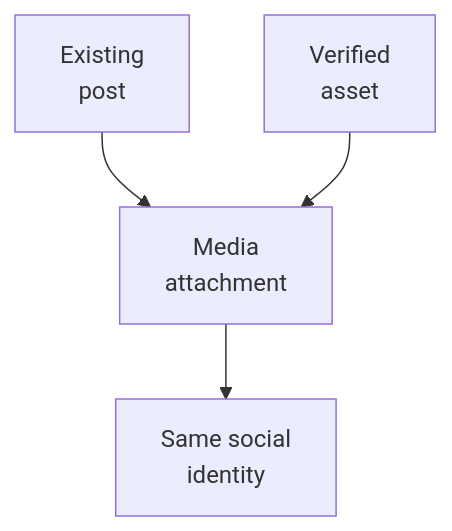
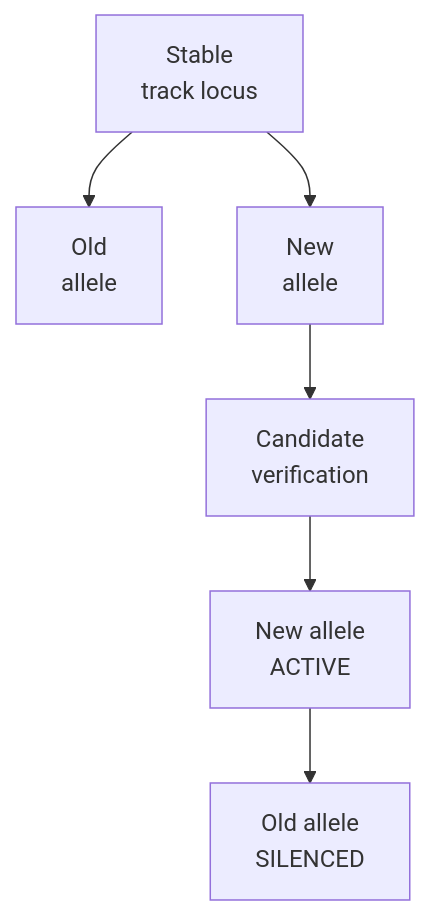
The fourth of 6 diagrams in docs/media/NATIVE_MEDIA_ENGINEERING.md (wilderruiz/millenova-project), drawn with Mermaid before and after one commit. The commit also changed other lines of this file, not shown here.

Commit message:
docs: expand native media engineering for MP3 genome architecture

````diff
--- a/docs/media/NATIVE_MEDIA_ENGINEERING.md
+++ b/docs/media/NATIVE_MEDIA_ENGINEERING.md
@@ -226,6 +84,8 @@
 ```mermaid
 flowchart TD
-    POST["Existing<br/>post"] --> LINK["Media<br/>attachment"]
-    ASSET["Verified<br/>asset"] --> LINK
-    LINK --> SAME["Same social<br/>identity"]
+    LOCUS["Stable<br/>track locus"] --> OLD["Old<br/>allele"]
+    LOCUS --> NEW["New<br/>allele"]
+    NEW --> VERIFY["Candidate<br/>verification"]
+    VERIFY --> ACTIVE["New allele<br/>ACTIVE"]
+    ACTIVE --> SILENCE["Old allele<br/>SILENCED"]
 ```
````
